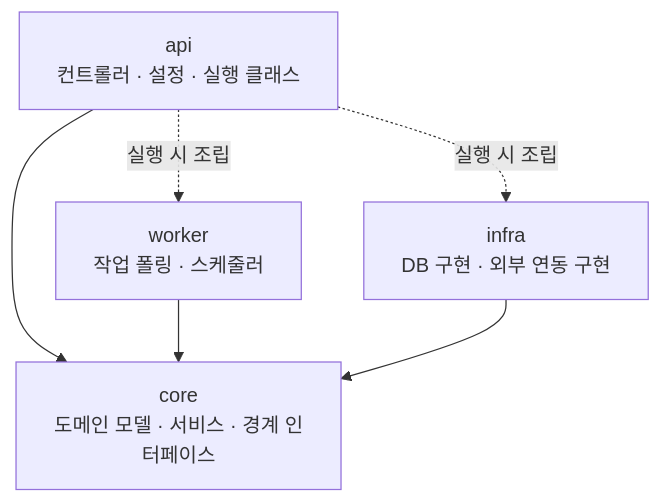
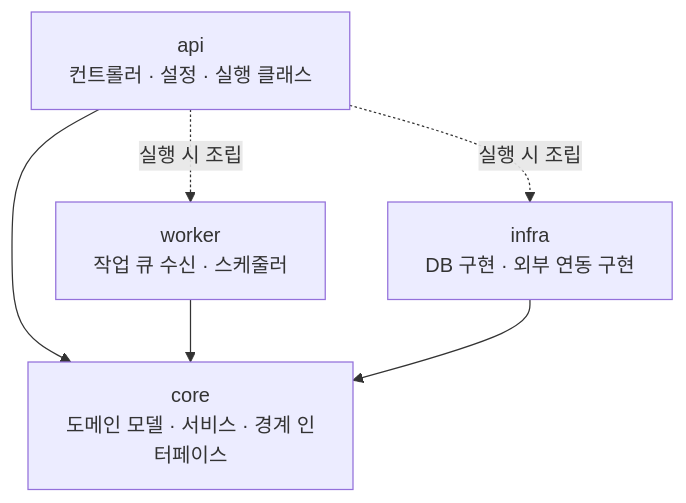
Before and after one commit to depromeet/19th-team1-server: the first of 2 diagrams in docs/architecture.md, drawn with Mermaid. The commit also changed other lines of this file and 6 other files, not shown here.

````diff
--- a/docs/architecture.md
+++ b/docs/architecture.md
@@ -55,13 +59,13 @@
 ```mermaid
 flowchart TB
     api["api<br/>컨트롤러 · 설정 · 실행 클래스"]
-    worker["worker<br/>작업 폴링 · 스케줄러"]
+    worker["worker<br/>작업 큐 수신 · 스케줄러"]
     core["core<br/>도메인 모델 · 서비스 · 경계 인터페이스"]
     infra["infra<br/>DB 구현 · 외부 연동 구현"]
 
     api --> core
     worker --> core
     infra --> core
     api -. 실행 시 조립 .-> infra
     api -. 실행 시 조립 .-> worker
 ```
````
